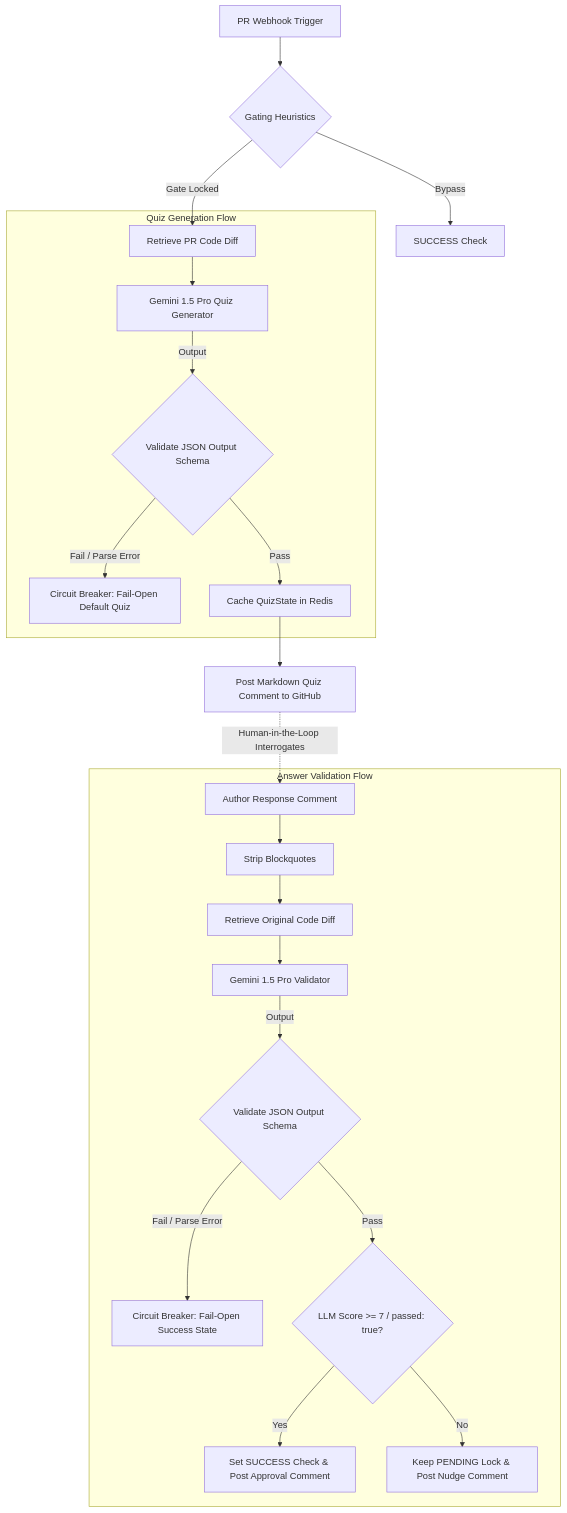
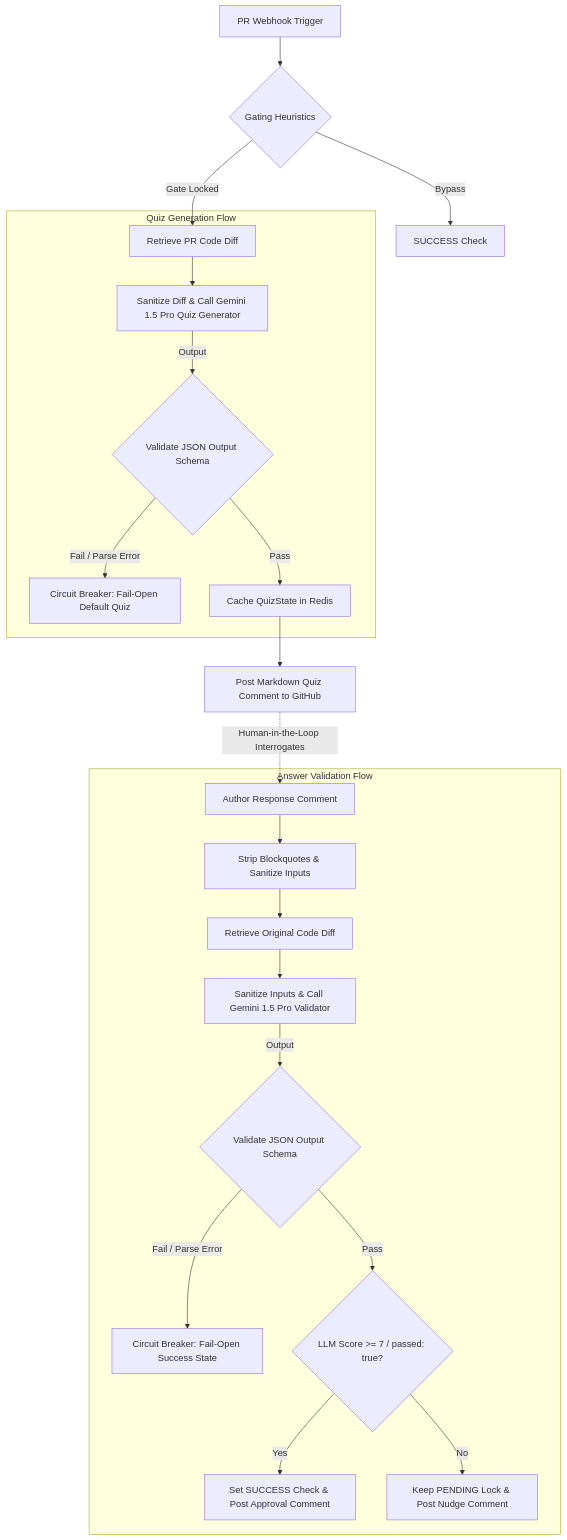
Before and after one commit to tinhct/archi-check: the diagram in docs/Applied-AI/AI_Workflow_Design.md, drawn with Mermaid. The commit also changed 2 other files, not shown here.

Commit message:
docs: update sequence, data flow, and workflow diagrams to include input tag sanitization checkpoints

````diff
--- a/docs/Applied-AI/AI_Workflow_Design.md
+++ b/docs/Applied-AI/AI_Workflow_Design.md
@@ -7,28 +7,28 @@
 ```mermaid
 flowchart TD
     A[PR Webhook Trigger] --> B{Gating Heuristics}
     B -->|Bypass| C[SUCCESS Check]
     B -->|Gate Locked| D[Retrieve PR Code Diff]
     
     subgraph Quiz Generation Flow
-        D --> E[Gemini 1.5 Pro Quiz Generator]
+        D --> E[Sanitize Diff & Call Gemini 1.5 Pro Quiz Generator]
         E -->|Output| F{Validate JSON Output Schema}
         F -->|Fail / Parse Error| G[Circuit Breaker: Fail-Open Default Quiz]
         F -->|Pass| H[Cache QuizState in Redis]
     end
 
     H --> I[Post Markdown Quiz Comment to GitHub]
     
     subgraph Answer Validation Flow
-        J[Author Response Comment] --> K[Strip Blockquotes]
+        J[Author Response Comment] --> K[Strip Blockquotes & Sanitize Inputs]
         K --> L[Retrieve Original Code Diff]
-        L --> M[Gemini 1.5 Pro Validator]
+        L --> M[Sanitize Inputs & Call Gemini 1.5 Pro Validator]
         M -->|Output| N{Validate JSON Output Schema}
         N -->|Fail / Parse Error| O[Circuit Breaker: Fail-Open Success State]
         N -->|Pass| P{LLM Score >= 7 / passed: true?}
         P -->|Yes| Q[Set SUCCESS Check & Post Approval Comment]
         P -->|No| R[Keep PENDING Lock & Post Nudge Comment]
     end
 
     I -.->|Human-in-the-Loop Interrogates| J
 ```
````
